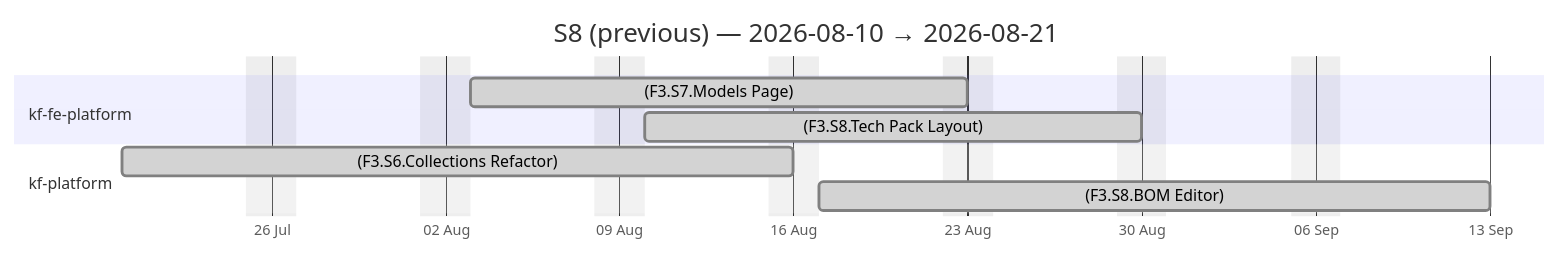
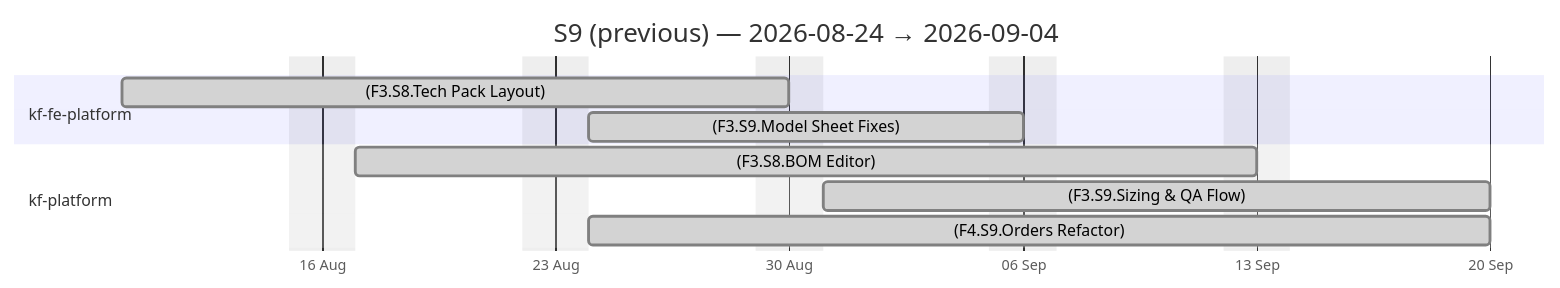
Before and after one commit to Katty-Fashion/kf-cpto: the second of 4 diagrams in docs/agile-sprints.md, drawn with Mermaid. The commit also changed other lines of this file and 15 other files, not shown here.

````diff
--- a/docs/agile-sprints.md
+++ b/docs/agile-sprints.md
@@ -51,14 +51,15 @@
 ```mermaid
 gantt
-    title S8 (previous) — 2026-08-10 → 2026-08-21
+    title S9 (previous) — 2026-08-24 → 2026-09-04
     dateFormat YYYY-MM-DD
     axisFormat %d %b
     excludes weekends
 
     section kf-fe-platform
-    (F3.S7.Models Page) :done, 2026-08-03, 2026-08-23
     (F3.S8.Tech Pack Layout) :done, 2026-08-10, 2026-08-30
+    (F3.S9.Model Sheet Fixes) :done, 2026-08-24, 2026-09-06
     section kf-platform
-    (F3.S6.Collections Refactor) :done, 2026-07-20, 2026-08-16
     (F3.S8.BOM Editor) :done, 2026-08-17, 2026-09-13
+    (F3.S9.Sizing & QA Flow) :done, 2026-08-31, 2026-09-20
+    (F4.S9.Orders Refactor) :done, 2026-08-24, 2026-09-20
 ```
````
